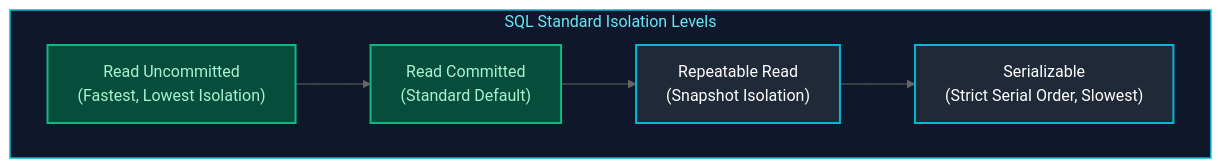
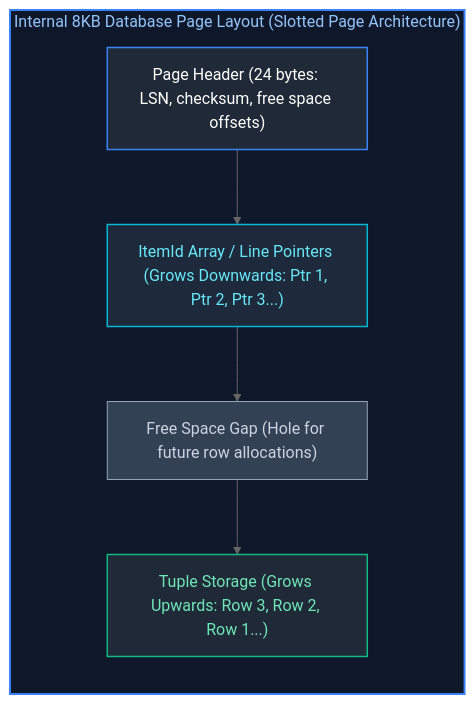
One commit to joydeep-biswas/Interview-Preparation changed the fifth of 13 diagrams in Java Backend Engineering/09_relational_databases_and_sql.md. Above: the diagram before and after it, drawn with Mermaid (neutral theme). The commit also changed other lines of this file and 143 other files, not shown here.

````diff
--- a/Java Backend Engineering/09_relational_databases_and_sql.md
+++ b/Java Backend Engineering/09_relational_databases_and_sql.md
@@ -262,17 +595,20 @@
 ```mermaid
 flowchart TD
-    subgraph Isolation_Spectrum["SQL Standard Isolation Levels"]
-        RU["Read Uncommitted<br/>(Fastest, Lowest Isolation)"]
-        RC["Read Committed<br/>(Standard Default)"]
-        RR["Repeatable Read<br/>(Snapshot Isolation)"]
-        SER["Serializable<br/>(Strict Serial Order, Slowest)"]
-        RU --> RC --> RR --> SER
+    subgraph PageLayout ["Internal 8KB Database Page Layout (Slotted Page Architecture)"]
+        direction TB
+        Header["Page Header (24 bytes: LSN, checksum, free space offsets)"]
+        ItemIds["ItemId Array / Line Pointers (Grows Downwards: Ptr 1, Ptr 2, Ptr 3...)"]
+        FreeSpace["Free Space Gap (Hole for future row allocations)"]
+        Tuples["Tuple Storage (Grows Upwards: Row 3, Row 2, Row 1...)"]
     end
 
-    style Isolation_Spectrum fill:#0f172a,stroke:#06b6d4,stroke-width:1.5px,color:#67e8f9
+    Header --> ItemIds
+    ItemIds --> FreeSpace
+    FreeSpace --> Tuples
 
-    style RU fill:#064e3b,stroke:#10b981,stroke-width:2px,color:#a7f3d0
-    style RC fill:#064e3b,stroke:#10b981,stroke-width:2px,color:#a7f3d0
-    style RR fill:#1f2937,stroke:#06b6d4,stroke-width:2px,color:#fff
-    style SER fill:#1f2937,stroke:#06b6d4,stroke-width:2px,color:#fff
+    style PageLayout fill:#0f172a,stroke:#3b82f6,stroke-width:2px,color:#93c5fd
+    style Header fill:#1f2937,stroke:#3b82f6,stroke-width:1.5px,color:#fff
+    style ItemIds fill:#1e293b,stroke:#06b6d4,stroke-width:1.5px,color:#67e8f9
+    style FreeSpace fill:#334155,stroke:#94a3b8,stroke-width:1px,color:#cbd5e1
+    style Tuples fill:#1f2937,stroke:#10b981,stroke-width:1.5px,color:#6ee7b7
 ```
````
